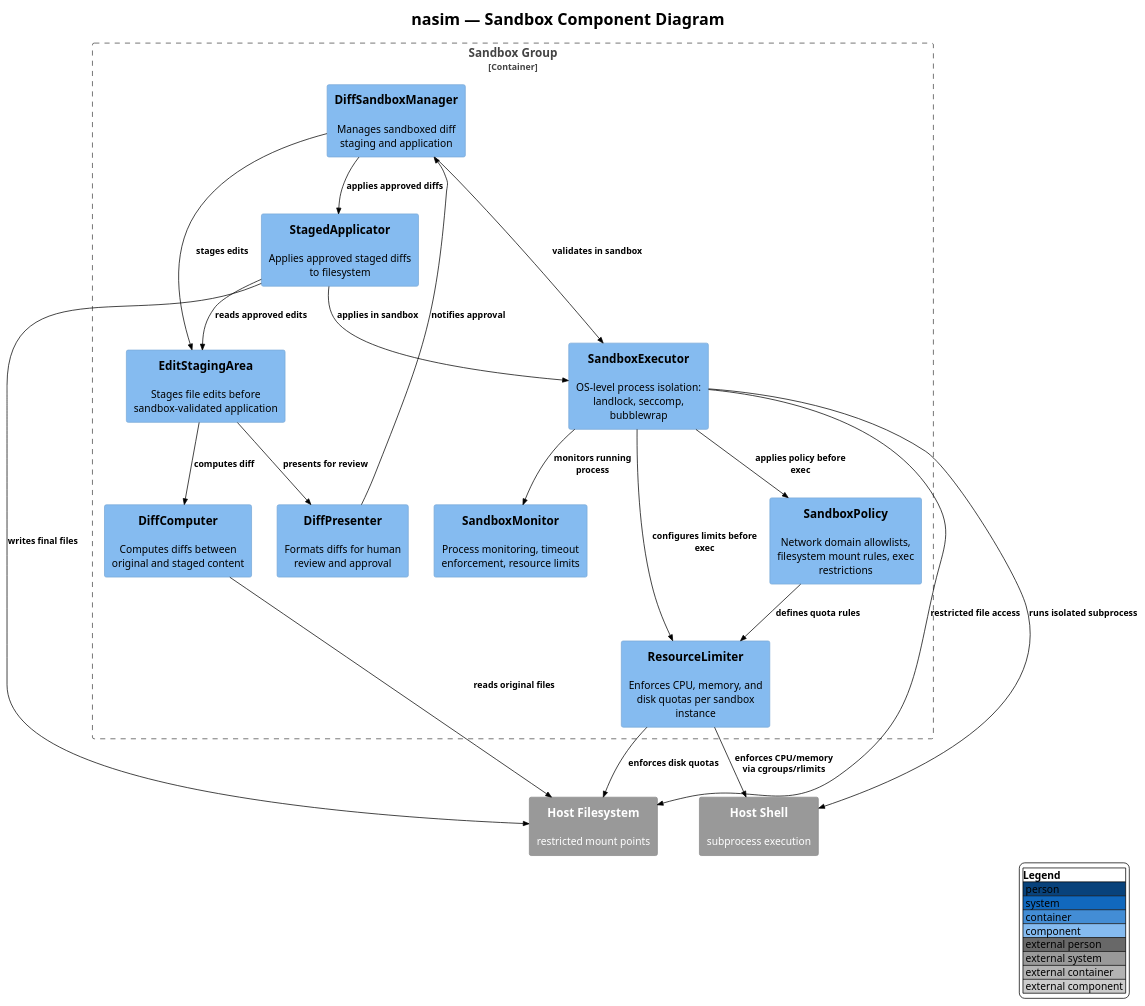
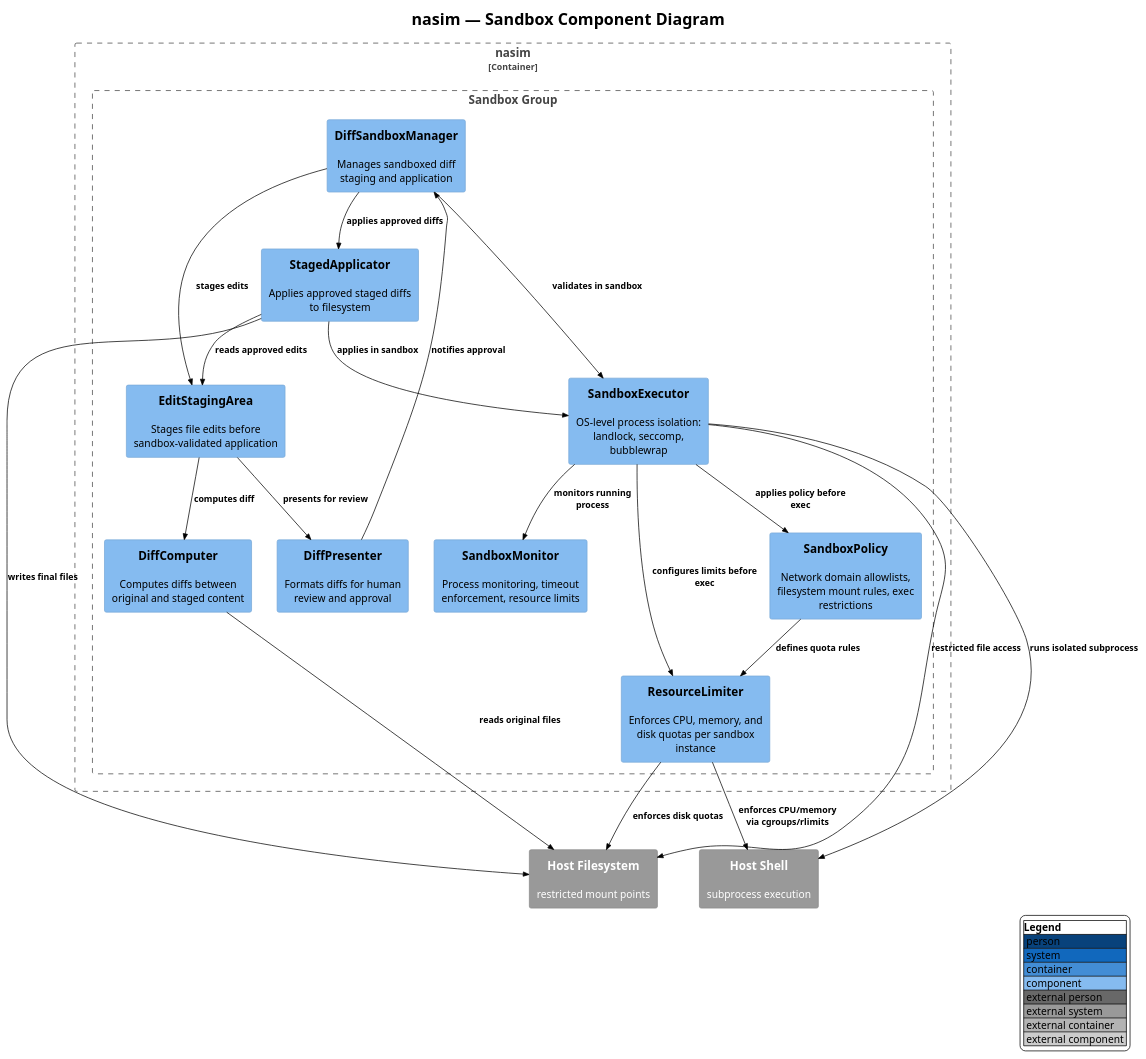
Before and after one commit to salimnamvar/nasim: the diagram in docs/C4/c4_nasim_component_sandbox.puml, drawn with PlantUML. The commit also changed 24 other files, not shown here.

First line of the commit message:
docs(c4): audit and fix all C4 diagrams to 9.0.0 standards

```diff
--- a/docs/C4/c4_nasim_component_sandbox.puml
+++ b/docs/C4/c4_nasim_component_sandbox.puml
@@ -1,53 +1,55 @@
 @startuml c4_nasim_component_sandbox
 !include https://raw.githubusercontent.com/plantuml-stdlib/C4-PlantUML/v2.10.0/C4_Component.puml
 !theme plain
 
 
 ' ============================================================
 ' Title:     nasim — Sandbox Component Diagram
-' Boundary:  nasim core library — Sandbox group
+' Boundary:  nasim (container) — Sandbox Group
 ' Purpose:   OS-level process isolation and diff staging for shell and edit operations
 ' Milestone: v1.0
-' Version:   6.0.0
+' Version:   9.0.0
 ' Source:    docs/audit/audit.2026.06.20.deep.domain.audit.md
 ' Review:    —
 ' ============================================================
 
 LAYOUT_WITH_LEGEND()
 title nasim — Sandbox Component Diagram
 
-Container_Boundary(sandbox_boundary, "Sandbox Group") {
-    Component(sandbox_executor, "SandboxExecutor", "", "OS-level process isolation: landlock, seccomp, bubblewrap")
-    Component(sandbox_policy, "SandboxPolicy", "", "Network domain allowlists, filesystem mount rules, exec restrictions")
-    Component(sandbox_monitor, "SandboxMonitor", "", "Process monitoring, timeout enforcement, resource limits")
-    Component(resource_limiter, "ResourceLimiter", "", "Enforces CPU, memory, and disk quotas per sandbox instance")
-    Component(diff_sandbox_mgr, "DiffSandboxManager", "", "Manages sandboxed diff staging and application")
-    Component(edit_staging_area, "EditStagingArea", "", "Stages file edits before sandbox-validated application")
-    Component(diff_computer, "DiffComputer", "", "Computes diffs between original and staged content")
-    Component(diff_presenter, "DiffPresenter", "", "Formats diffs for human review and approval")
-    Component(staged_applicator, "StagedApplicator", "", "Applies approved staged diffs to filesystem")
+Container_Boundary(nasim, "nasim") {
+    Boundary(sandbox_group, "Sandbox Group") {
+        Component(sandbox_executor, "SandboxExecutor", "", "OS-level process isolation: landlock, seccomp, bubblewrap")
+        Component(sandbox_policy, "SandboxPolicy", "", "Network domain allowlists, filesystem mount rules, exec restrictions")
+        Component(sandbox_monitor, "SandboxMonitor", "", "Process monitoring, timeout enforcement, resource limits")
+        Component(resource_limiter, "ResourceLimiter", "", "Enforces CPU, memory, and disk quotas per sandbox instance")
+        Component(diff_sandbox_mgr, "DiffSandboxManager", "", "Manages sandboxed diff staging and application")
+        Component(edit_staging_area, "EditStagingArea", "", "Stages file edits before sandbox-validated application")
+        Component(diff_computer, "DiffComputer", "", "Computes diffs between original and staged content")
+        Component(diff_presenter, "DiffPresenter", "", "Formats diffs for human review and approval")
+        Component(staged_applicator, "StagedApplicator", "", "Applies approved staged diffs to filesystem")
+    }
 }
 
 System_Ext(host_shell, "Host Shell", "subprocess execution")
 System_Ext(host_fs, "Host Filesystem", "restricted mount points")
 
 Rel(sandbox_executor, sandbox_policy, "applies policy before exec")
 Rel(sandbox_executor, sandbox_monitor, "monitors running process")
 Rel(sandbox_executor, resource_limiter, "configures limits before exec")
 Rel(sandbox_policy, resource_limiter, "defines quota rules")
 Rel(resource_limiter, host_fs, "enforces disk quotas")
 Rel(resource_limiter, host_shell, "enforces CPU/memory via cgroups/rlimits")
 Rel(sandbox_executor, host_shell, "runs isolated subprocess")
 Rel(sandbox_executor, host_fs, "restricted file access")
 Rel(diff_sandbox_mgr, edit_staging_area, "stages edits")
 Rel(diff_sandbox_mgr, sandbox_executor, "validates in sandbox")
 Rel(edit_staging_area, diff_computer, "computes diff")
 Rel(edit_staging_area, diff_presenter, "presents for review")
 Rel(diff_computer, host_fs, "reads original files")
 Rel(staged_applicator, edit_staging_area, "reads approved edits")
 Rel(staged_applicator, sandbox_executor, "applies in sandbox")
 Rel(staged_applicator, host_fs, "writes final files")
 Rel(diff_presenter, diff_sandbox_mgr, "notifies approval")
 Rel(diff_sandbox_mgr, staged_applicator, "applies approved diffs")
 
 @enduml
```
